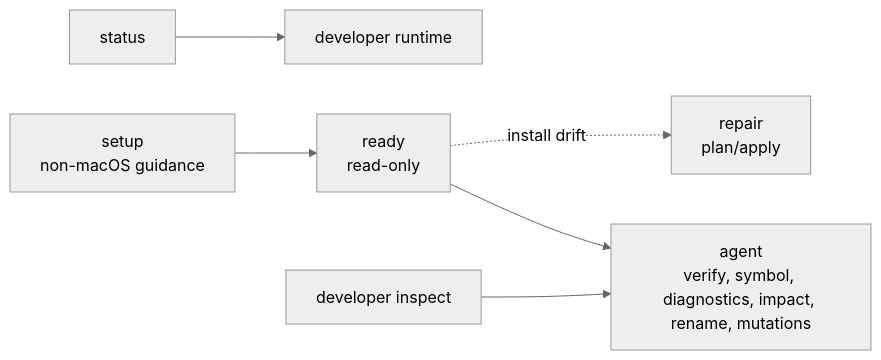
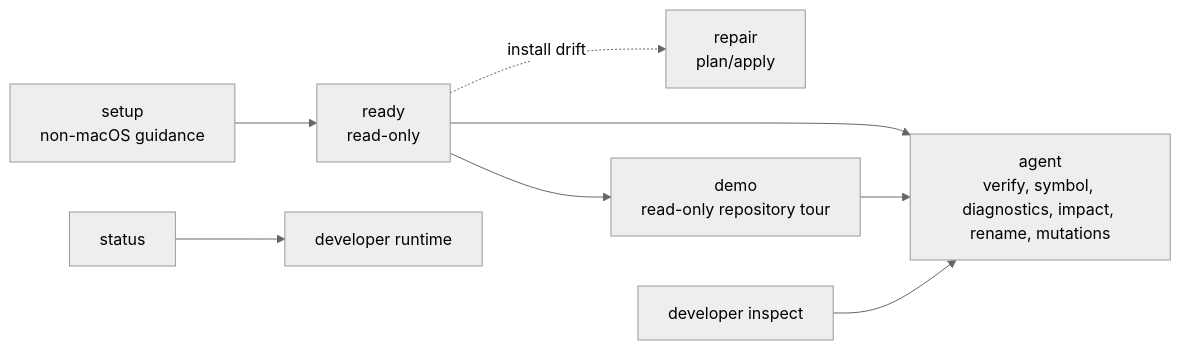
Before and after one commit to amichne/kast: the diagram in docs/commands/index.md, drawn with Mermaid (neutral theme). The commit also changed other lines of this file and 9 other files, not shown here.

````diff
--- a/docs/commands/index.md
+++ b/docs/commands/index.md
@@ -15,16 +15,19 @@
 ```mermaid
 flowchart LR
     setup["setup<br/>non-macOS guidance"]
     ready["ready<br/>read-only"]
     repair["repair<br/>plan/apply"]
     status["status"]
+    demo["demo<br/>read-only repository tour"]
     agent["agent<br/>verify, symbol, diagnostics, impact, rename, mutations"]
     runtime["developer runtime"]
     inspect["developer inspect"]
 
     setup --> ready
     ready --> agent
+    ready --> demo
+    demo --> agent
     ready -. install drift .-> repair
     status --> runtime
     inspect --> agent
 ```
````
